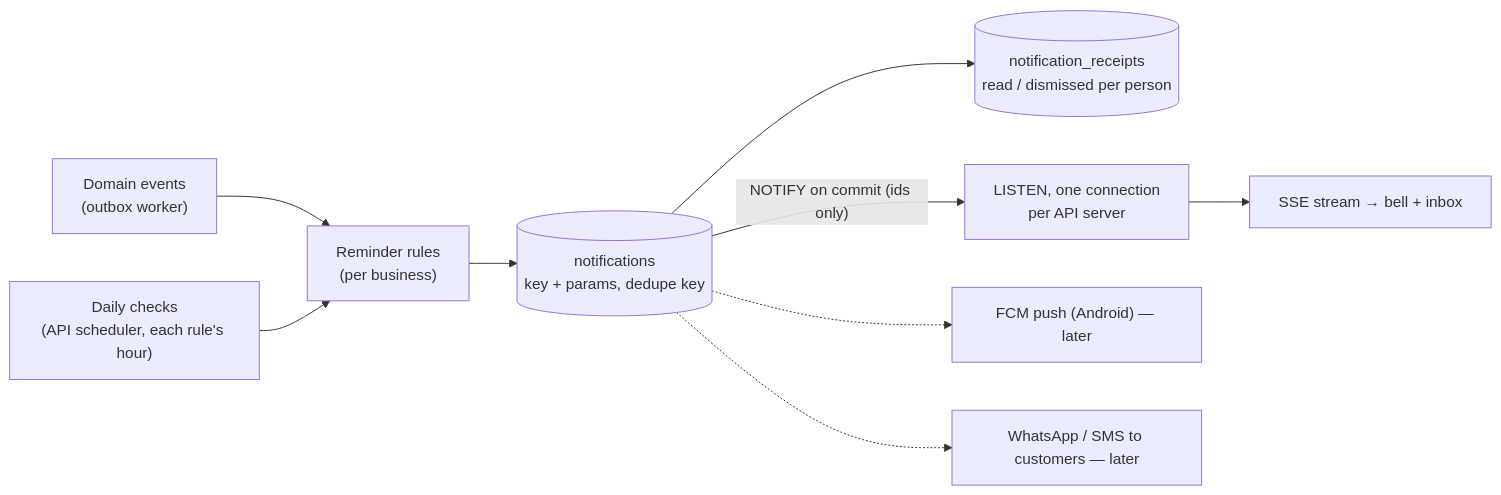
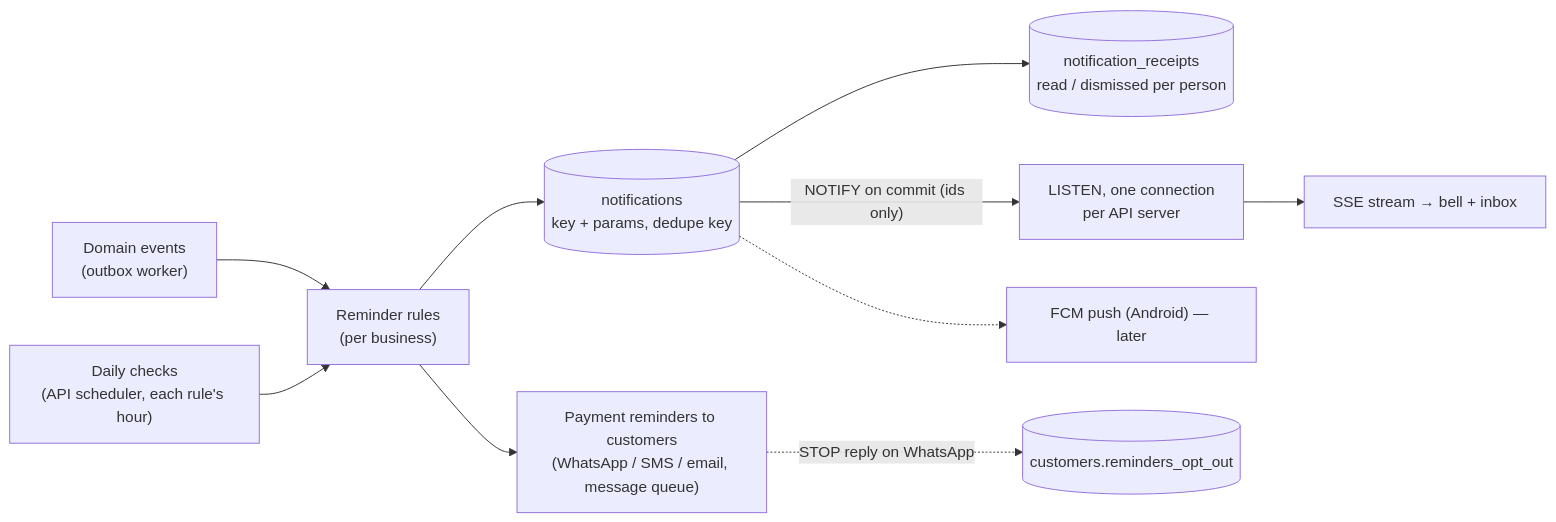
One commit to shailendrasahug010/BillingSystem changed the third of 3 diagrams in docs/01-architecture.md. Above: the diagram before and after it, drawn with Mermaid. The commit also changed other lines of this file and 47 other files, not shown here.

````diff
--- a/docs/01-architecture.md
+++ b/docs/01-architecture.md
@@ -232,11 +232,12 @@
 ```mermaid
 flowchart LR
   EV["Domain events<br/>(outbox worker)"] --> RULES["Reminder rules<br/>(per business)"]
   CRON["Daily checks<br/>(API scheduler, each rule's hour)"] --> RULES
   RULES --> N[("notifications<br/>key + params, dedupe key")]
   N --> RCPT[("notification_receipts<br/>read / dismissed per person")]
   N -- "NOTIFY on commit (ids only)" --> HUB["LISTEN, one connection<br/>per API server"]
   HUB --> INAPP["SSE stream → bell + inbox"]
   N -.-> PUSH["FCM push (Android) — later"]
-  N -.-> WA["WhatsApp / SMS to customers — later"]
+  RULES --> WA["Payment reminders to customers<br/>(WhatsApp / SMS / email, message queue)"]
+  WA -. STOP reply on WhatsApp .-> OPT[("customers.reminders_opt_out")]
 ```
````
